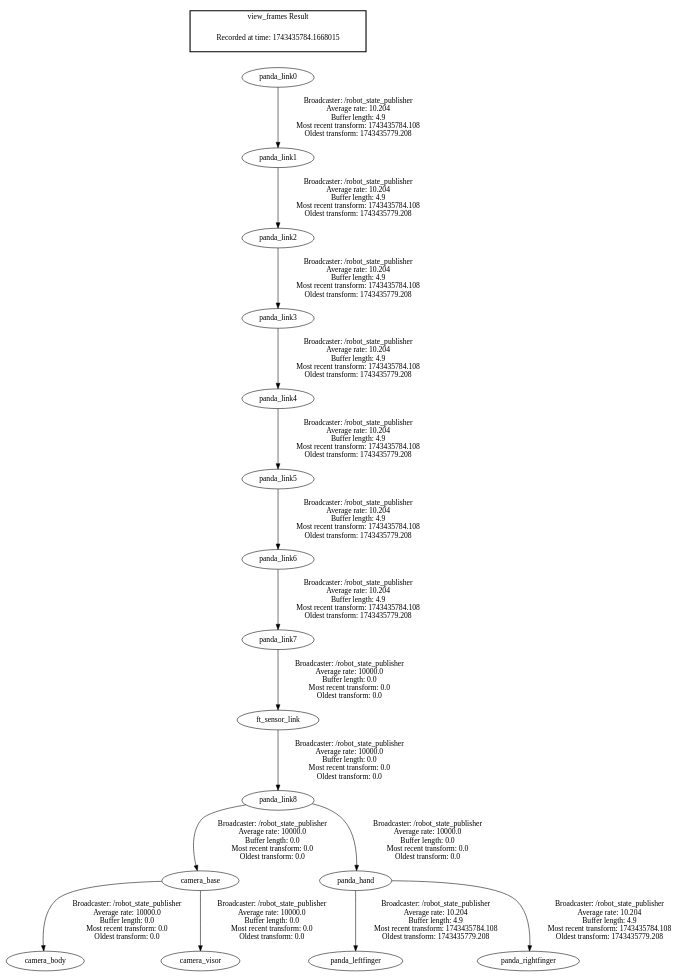
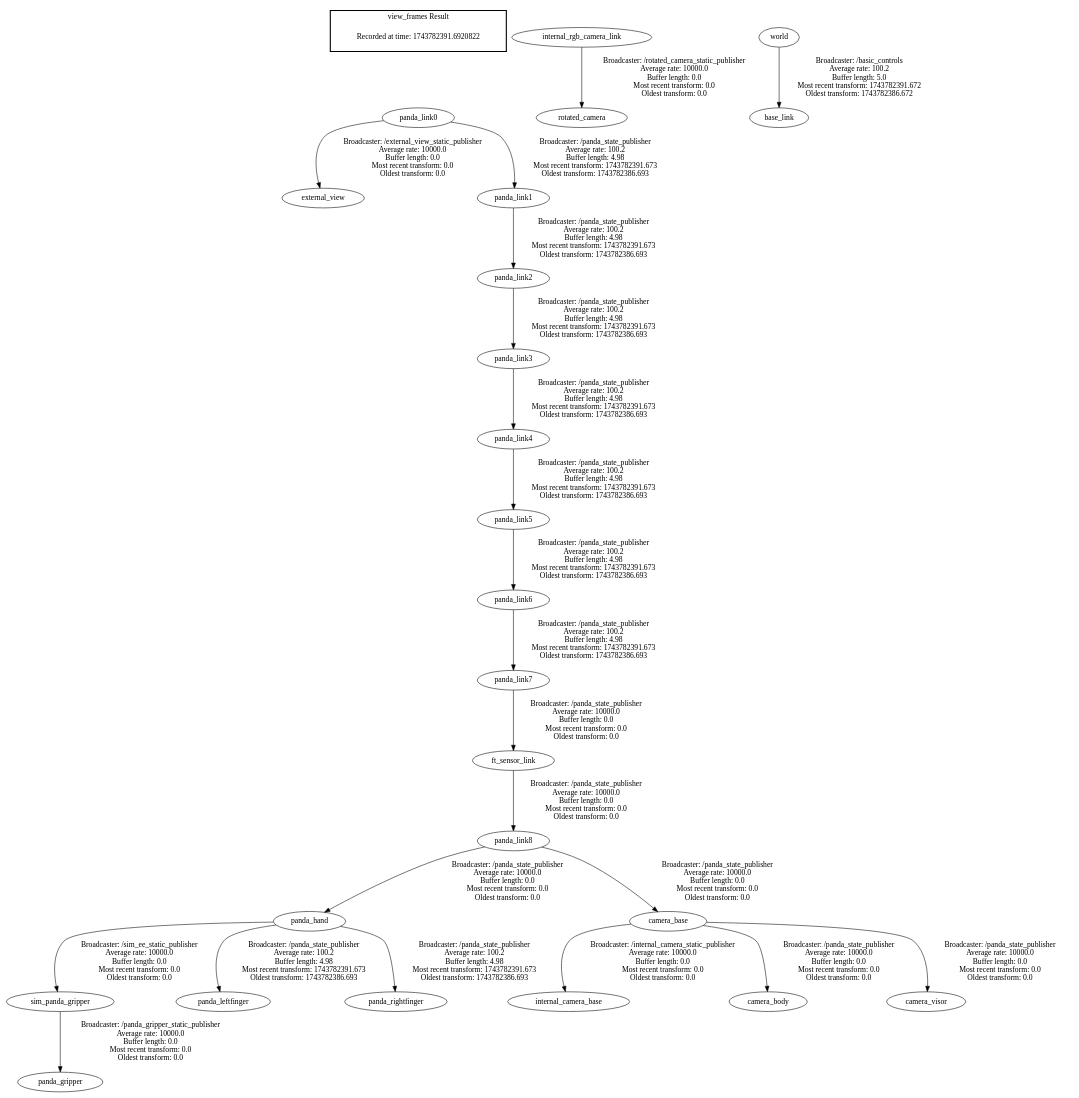
Before and after one commit to rusmilov/dexterity-interface: the diagram in frames.gv, drawn with Graphviz. The commit also changed 5 other files, not shown here.

Commit message:
Have cube showing up properly in base link

```diff
--- a/frames.gv
+++ b/frames.gv
@@ -1,21 +1,27 @@
 digraph G {
-"camera_base" -> "camera_body"[label=" Broadcaster: /robot_state_publisher\nAverage rate: 10000.0\nBuffer length: 0.0\nMost recent transform: 0.0\nOldest transform: 0.0\n"];
-"panda_link8" -> "camera_base"[label=" Broadcaster: /robot_state_publisher\nAverage rate: 10000.0\nBuffer length: 0.0\nMost recent transform: 0.0\nOldest transform: 0.0\n"];
-"camera_base" -> "camera_visor"[label=" Broadcaster: /robot_state_publisher\nAverage rate: 10000.0\nBuffer length: 0.0\nMost recent transform: 0.0\nOldest transform: 0.0\n"];
-"ft_sensor_link" -> "panda_link8"[label=" Broadcaster: /robot_state_publisher\nAverage rate: 10000.0\nBuffer length: 0.0\nMost recent transform: 0.0\nOldest transform: 0.0\n"];
-"panda_link7" -> "ft_sensor_link"[label=" Broadcaster: /robot_state_publisher\nAverage rate: 10000.0\nBuffer length: 0.0\nMost recent transform: 0.0\nOldest transform: 0.0\n"];
-"panda_link6" -> "panda_link7"[label=" Broadcaster: /robot_state_publisher\nAverage rate: 10.204\nBuffer length: 4.9\nMost recent transform: 1743435784.108\nOldest transform: 1743435779.208\n"];
-"panda_link8" -> "panda_hand"[label=" Broadcaster: /robot_state_publisher\nAverage rate: 10000.0\nBuffer length: 0.0\nMost recent transform: 0.0\nOldest transform: 0.0\n"];
-"panda_hand" -> "panda_leftfinger"[label=" Broadcaster: /robot_state_publisher\nAverage rate: 10.204\nBuffer length: 4.9\nMost recent transform: 1743435784.108\nOldest transform: 1743435779.208\n"];
-"panda_hand" -> "panda_rightfinger"[label=" Broadcaster: /robot_state_publisher\nAverage rate: 10.204\nBuffer length: 4.9\nMost recent transform: 1743435784.108\nOldest transform: 1743435779.208\n"];
-"panda_link0" -> "panda_link1"[label=" Broadcaster: /robot_state_publisher\nAverage rate: 10.204\nBuffer length: 4.9\nMost recent transform: 1743435784.108\nOldest transform: 1743435779.208\n"];
-"panda_link1" -> "panda_link2"[label=" Broadcaster: /robot_state_publisher\nAverage rate: 10.204\nBuffer length: 4.9\nMost recent transform: 1743435784.108\nOldest transform: 1743435779.208\n"];
-"panda_link2" -> "panda_link3"[label=" Broadcaster: /robot_state_publisher\nAverage rate: 10.204\nBuffer length: 4.9\nMost recent transform: 1743435784.108\nOldest transform: 1743435779.208\n"];
-"panda_link3" -> "panda_link4"[label=" Broadcaster: /robot_state_publisher\nAverage rate: 10.204\nBuffer length: 4.9\nMost recent transform: 1743435784.108\nOldest transform: 1743435779.208\n"];
-"panda_link4" -> "panda_link5"[label=" Broadcaster: /robot_state_publisher\nAverage rate: 10.204\nBuffer length: 4.9\nMost recent transform: 1743435784.108\nOldest transform: 1743435779.208\n"];
-"panda_link5" -> "panda_link6"[label=" Broadcaster: /robot_state_publisher\nAverage rate: 10.204\nBuffer length: 4.9\nMost recent transform: 1743435784.108\nOldest transform: 1743435779.208\n"];
+"sim_panda_gripper" -> "panda_gripper"[label=" Broadcaster: /panda_gripper_static_publisher\nAverage rate: 10000.0\nBuffer length: 0.0\nMost recent transform: 0.0\nOldest transform: 0.0\n"];
+"panda_hand" -> "sim_panda_gripper"[label=" Broadcaster: /sim_ee_static_publisher\nAverage rate: 10000.0\nBuffer length: 0.0\nMost recent transform: 0.0\nOldest transform: 0.0\n"];
+"internal_rgb_camera_link" -> "rotated_camera"[label=" Broadcaster: /rotated_camera_static_publisher\nAverage rate: 10000.0\nBuffer length: 0.0\nMost recent transform: 0.0\nOldest transform: 0.0\n"];
+"camera_base" -> "internal_camera_base"[label=" Broadcaster: /internal_camera_static_publisher\nAverage rate: 10000.0\nBuffer length: 0.0\nMost recent transform: 0.0\nOldest transform: 0.0\n"];
+"panda_link8" -> "camera_base"[label=" Broadcaster: /panda_state_publisher\nAverage rate: 10000.0\nBuffer length: 0.0\nMost recent transform: 0.0\nOldest transform: 0.0\n"];
+"panda_link8" -> "panda_hand"[label=" Broadcaster: /panda_state_publisher\nAverage rate: 10000.0\nBuffer length: 0.0\nMost recent transform: 0.0\nOldest transform: 0.0\n"];
+"panda_link0" -> "external_view"[label=" Broadcaster: /external_view_static_publisher\nAverage rate: 10000.0\nBuffer length: 0.0\nMost recent transform: 0.0\nOldest transform: 0.0\n"];
+"world" -> "base_link"[label=" Broadcaster: /basic_controls\nAverage rate: 100.2\nBuffer length: 5.0\nMost recent transform: 1743782391.672\nOldest transform: 1743782386.672\n"];
+"camera_base" -> "camera_body"[label=" Broadcaster: /panda_state_publisher\nAverage rate: 10000.0\nBuffer length: 0.0\nMost recent transform: 0.0\nOldest transform: 0.0\n"];
+"camera_base" -> "camera_visor"[label=" Broadcaster: /panda_state_publisher\nAverage rate: 10000.0\nBuffer length: 0.0\nMost recent transform: 0.0\nOldest transform: 0.0\n"];
+"ft_sensor_link" -> "panda_link8"[label=" Broadcaster: /panda_state_publisher\nAverage rate: 10000.0\nBuffer length: 0.0\nMost recent transform: 0.0\nOldest transform: 0.0\n"];
+"panda_link7" -> "ft_sensor_link"[label=" Broadcaster: /panda_state_publisher\nAverage rate: 10000.0\nBuffer length: 0.0\nMost recent transform: 0.0\nOldest transform: 0.0\n"];
+"panda_link6" -> "panda_link7"[label=" Broadcaster: /panda_state_publisher\nAverage rate: 100.2\nBuffer length: 4.98\nMost recent transform: 1743782391.673\nOldest transform: 1743782386.693\n"];
+"panda_hand" -> "panda_leftfinger"[label=" Broadcaster: /panda_state_publisher\nAverage rate: 100.2\nBuffer length: 4.98\nMost recent transform: 1743782391.673\nOldest transform: 1743782386.693\n"];
+"panda_hand" -> "panda_rightfinger"[label=" Broadcaster: /panda_state_publisher\nAverage rate: 100.2\nBuffer length: 4.98\nMost recent transform: 1743782391.673\nOldest transform: 1743782386.693\n"];
+"panda_link0" -> "panda_link1"[label=" Broadcaster: /panda_state_publisher\nAverage rate: 100.2\nBuffer length: 4.98\nMost recent transform: 1743782391.673\nOldest transform: 1743782386.693\n"];
+"panda_link1" -> "panda_link2"[label=" Broadcaster: /panda_state_publisher\nAverage rate: 100.2\nBuffer length: 4.98\nMost recent transform: 1743782391.673\nOldest transform: 1743782386.693\n"];
+"panda_link2" -> "panda_link3"[label=" Broadcaster: /panda_state_publisher\nAverage rate: 100.2\nBuffer length: 4.98\nMost recent transform: 1743782391.673\nOldest transform: 1743782386.693\n"];
+"panda_link3" -> "panda_link4"[label=" Broadcaster: /panda_state_publisher\nAverage rate: 100.2\nBuffer length: 4.98\nMost recent transform: 1743782391.673\nOldest transform: 1743782386.693\n"];
+"panda_link4" -> "panda_link5"[label=" Broadcaster: /panda_state_publisher\nAverage rate: 100.2\nBuffer length: 4.98\nMost recent transform: 1743782391.673\nOldest transform: 1743782386.693\n"];
+"panda_link5" -> "panda_link6"[label=" Broadcaster: /panda_state_publisher\nAverage rate: 100.2\nBuffer length: 4.98\nMost recent transform: 1743782391.673\nOldest transform: 1743782386.693\n"];
 edge [style=invis];
  subgraph cluster_legend { style=bold; color=black; label ="view_frames Result";
-"Recorded at time: 1743435784.1668015"[ shape=plaintext ] ;
+"Recorded at time: 1743782391.6920822"[ shape=plaintext ] ;
 }->"panda_link0";
 }
```
